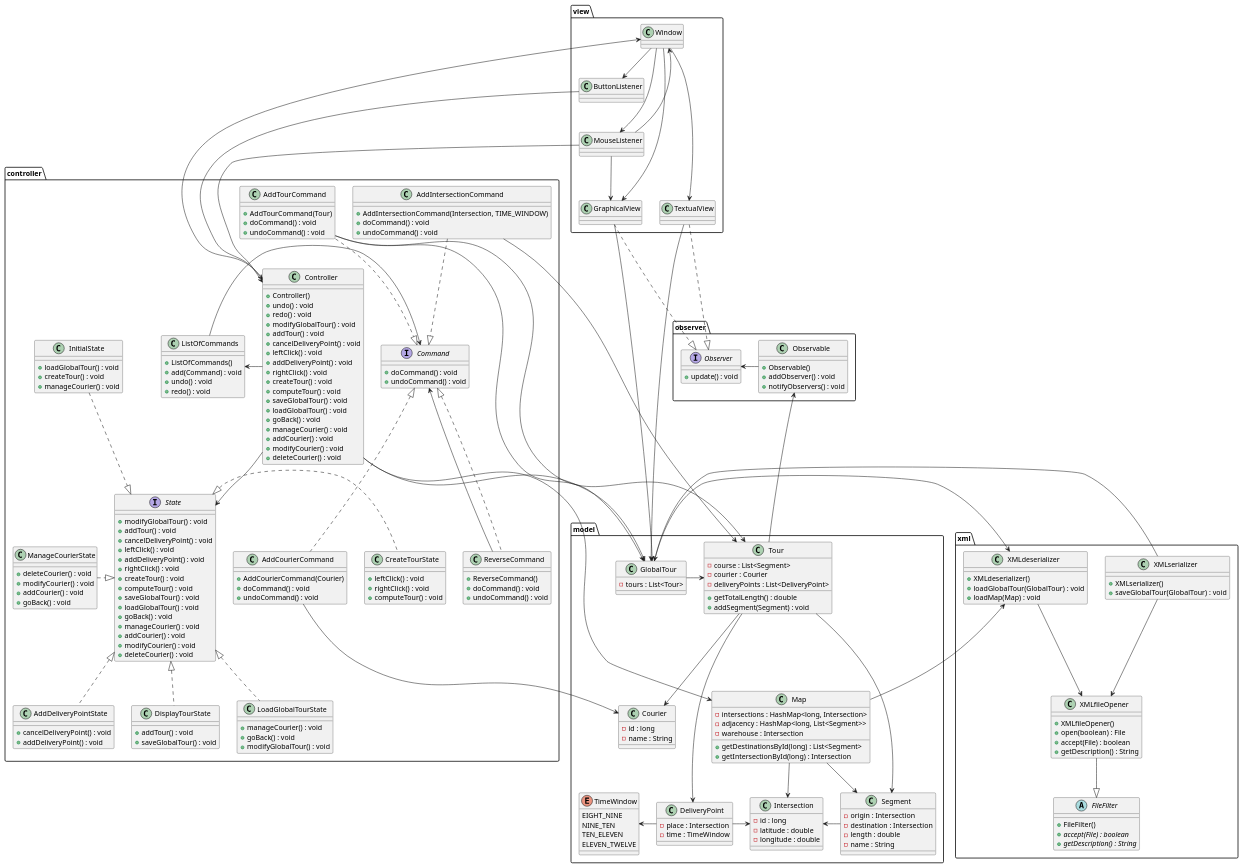
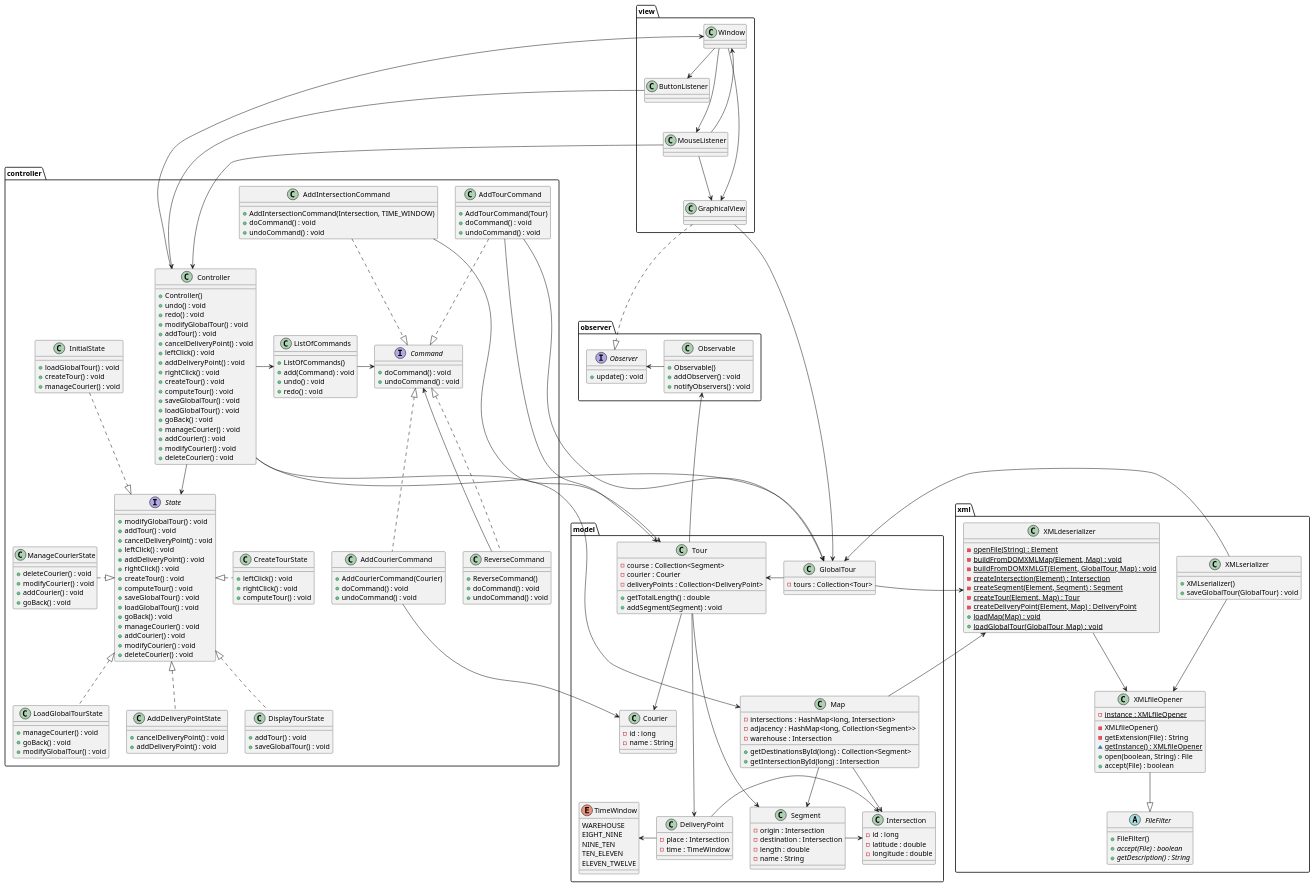
One commit to tao97410/AGILE changed the diagram in PlantUML/class_diagram.puml. Above: the diagram before and after it, drawn with PlantUML. The commit also changed 64 other files, not shown here.

```diff
--- a/PlantUML/class_diagram.puml
+++ b/PlantUML/class_diagram.puml
@@ -3,16 +3,24 @@
 package xml {
 
     class XMLdeserializer {
-        + XMLdeserializer()
-        + loadGlobalTour(GlobalTour) : void
-        + loadMap(Map) : void
+        - {static} openFile(String) : Element
+        - {static} buildFromDOMXMLMap(Element, Map) : void
+        - {static} buildFromDOMXMLGT(Element, GlobalTour, Map) : void
+        - {static} createIntersection(Element) : Intersection
+        - {static} createSegment(Element, Segment) : Segment
+        - {static} createTour(Element, Map) : Tour
+        - {static} createDeliveryPoint(Element, Map) : DeliveryPoint
+        + {static} loadMap(Map) : void
+        + {static} loadGlobalTour(GlobalTour, Map) : void
     }
 
     class XMLfileOpener {
-        + XMLfileOpener()
-        + open(boolean) : File
+        - {static} instance : XMLfileOpener
+        - XMLfileOpener()
+        - getExtension(File) : String
+        ~ {static} getInstance() : XMLfileOpener
+        + open(boolean, String) : File
         + accept(File) : boolean
-        + getDescription() : String
     }
 
     abstract class FileFilter {
@@ -150,8 +158,6 @@
     class ButtonListener {}
 
     class Window {}
-    
-    class TextualView {}
 
     class GraphicalView {}
 
@@ -173,22 +179,22 @@
 
     class Map {
         - intersections : HashMap<long, Intersection>
-        - adjacency : HashMap<long, List<Segment>>
+        - adjacency : HashMap<long, Collection<Segment>>
         - warehouse : Intersection
-        + getDestinationsById(long) : List<Segment>
+        + getDestinationsById(long) : Collection<Segment>
         + getIntersectionById(long) : Intersection
     }
 
     class Tour {
-        - course : List<Segment>
+        - course : Collection<Segment>
         - courier : Courier
-        - deliveryPoints : List<DeliveryPoint>
+        - deliveryPoints : Collection<DeliveryPoint>
         + getTotalLength() : double
         + addSegment(Segment) : void
     }
 
     class GlobalTour {
-        - tours : List<Tour>
+        - tours : Collection<Tour>
     }
 
     class Courier {
@@ -197,6 +203,7 @@
     }
 
     enum TimeWindow {
+        WAREHOUSE
         EIGHT_NINE
         NINE_TEN
         TEN_ELEVEN
@@ -227,8 +234,6 @@
 Observable -left-> Observer
 GraphicalView .down.|> Observer
 GraphicalView -[hidden]-> Observer
-GraphicalView -[hidden]> TextualView
-TextualView ..|> Observer
 XMLfileOpener --|> FileFilter
 XMLdeserializer --> XMLfileOpener
 XMLserializer --> GlobalTour
@@ -239,10 +244,8 @@
 GraphicalView -[hidden]-> GlobalTour
 ButtonListener -[hidden]-> MouseListener
 Window -->  MouseListener
-Window -down-> TextualView
 Window -down-> GraphicalView
 GraphicalView -down-> GlobalTour
-TextualView -> GlobalTour
 MouseListener --> Window
 MouseListener --> GraphicalView
 MouseListener --> Controller
```
